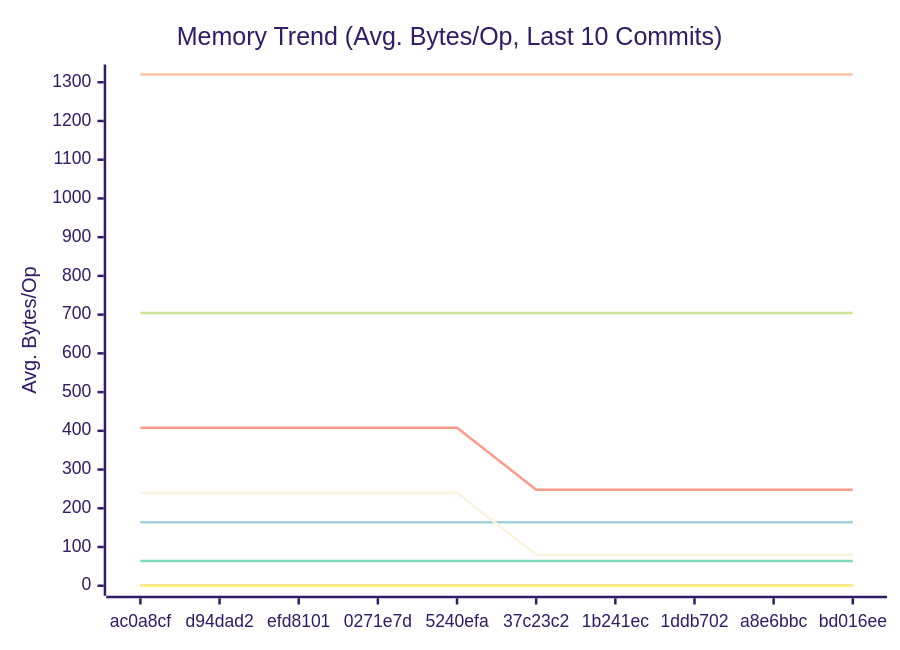
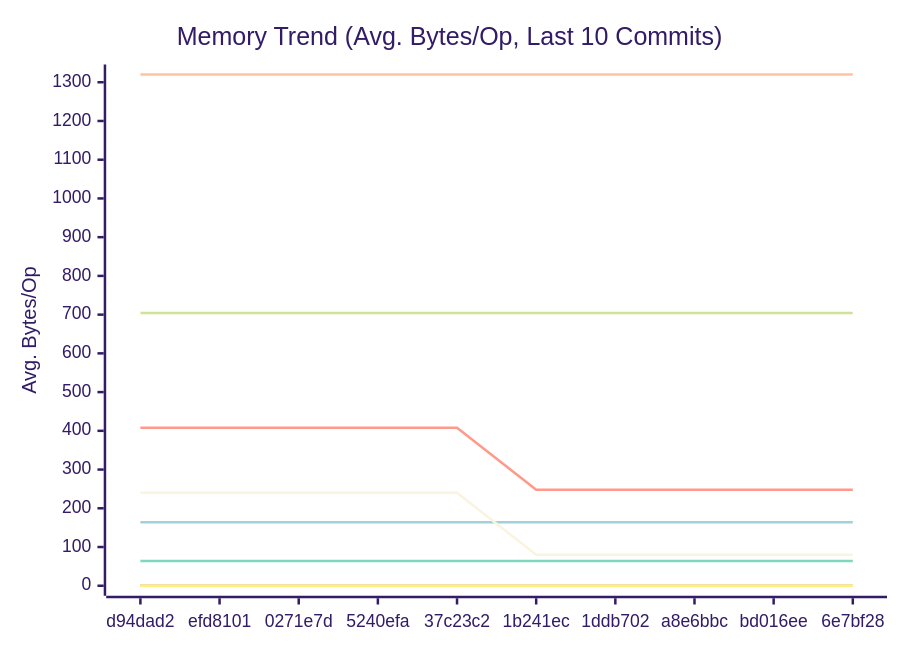
Before and after one commit to alsotoes/momo: the second of 3 diagrams in docs/PERFORMANCE.md, drawn with Mermaid (forest theme). The commit also changed other lines of this file and 4 other files, not shown here.

````diff
--- a/docs/PERFORMANCE.md
+++ b/docs/PERFORMANCE.md
@@ -152,18 +152,18 @@
 ```mermaid
 xychart-beta
     title "Memory Trend (Avg. Bytes/Op, Last 10 Commits)"
     x-axis "Commit"
     y-axis "Avg. Bytes/Op"
-    x-axis [ac0a8cf,d94dad2,efd8101,0271e7d,5240efa,37c23c2,1b241ec,1ddb702,a8e6bbc,bd016ee]
+    x-axis [d94dad2,efd8101,0271e7d,5240efa,37c23c2,1b241ec,1ddb702,a8e6bbc,bd016ee,6e7bf28]
     line "CheckMetricsAndSwap" [0,0,0,0,0,0,0,0,0,0]
     line "CrushOptimized" [0,0,0,0,0,0,0,0,0,0]
     line "CrushOriginal" [164,164,164,164,164,164,164,164,164,164]
     line "IndexDirectTracking" [0,0,0,0,0,0,0,0,0,0]
     line "IndexSearch" [0,0,0,0,0,0,0,0,0,0]
     line "LoadGlobalConfig" [1320,1320,1320,1320,1320,1320,1320,1320,1320,1320]
     line "PadString" [64,64,64,64,64,64,64,64,64,64]
     line "ParseReplicationOrder_NoPrealloc" [408,408,408,408,408,248,248,248,248,248]
     line "ParseReplicationOrder_Prealloc" [240,240,240,240,240,80,80,80,80,80]
     line "SanitizeLog/Safe" [0,0,0,0,0,0,0,0,0,0]
     line "SanitizeLog/Unsafe" [704,704,704,704,704,704,704,704,704,704]
 ```
````
